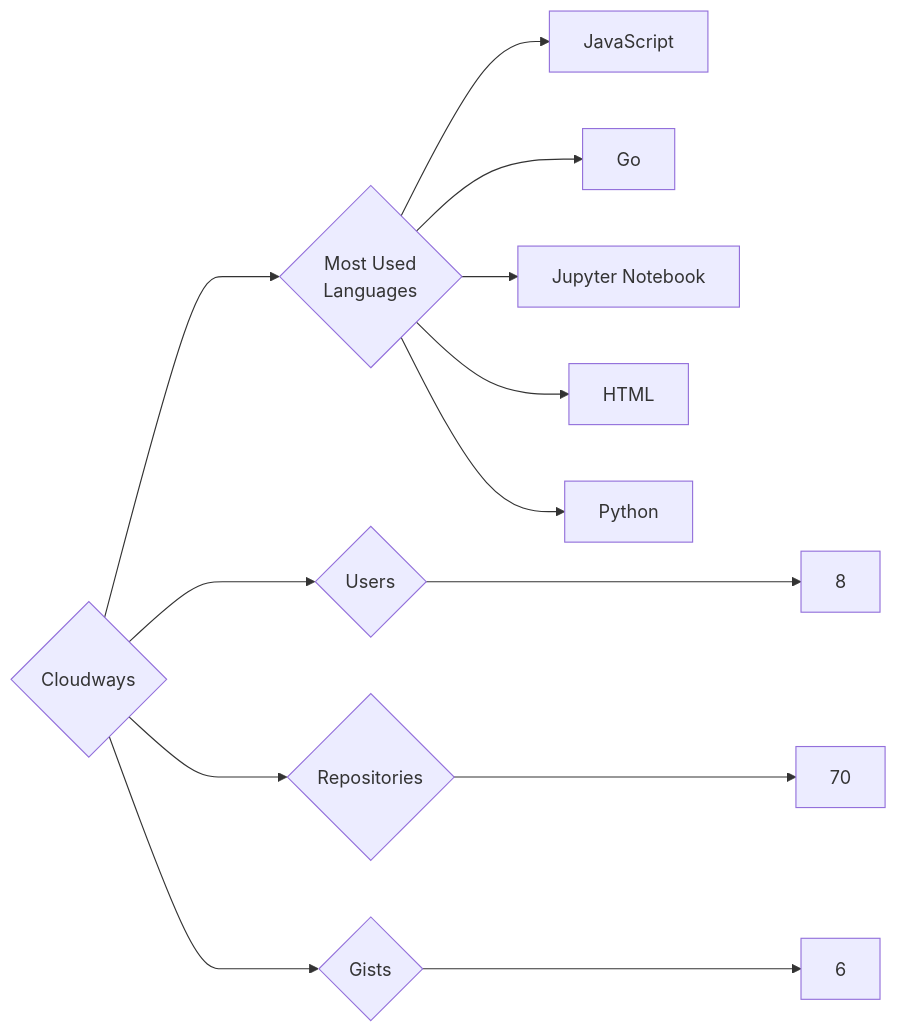
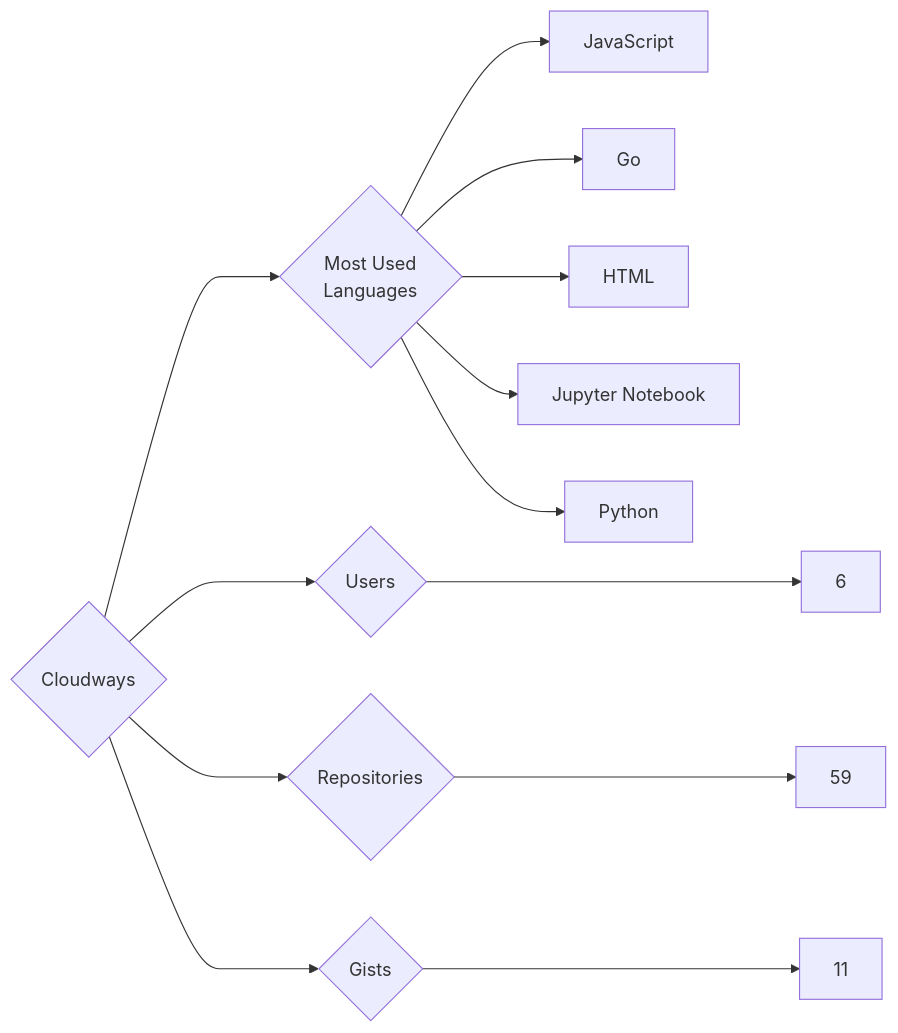
The diagram in targets/Cloudways/README.md (trickest/insiders), drawn with Mermaid before and after one commit. The commit also changed 1055 other files, not shown here.

````diff
--- a/targets/Cloudways/README.md
+++ b/targets/Cloudways/README.md
@@ -3,13 +3,13 @@
 ```mermaid
 graph LR
 COMPANY_NAME{Cloudways}
-COMPANY_NAME ---> U{Users} ---> UN[8]
-COMPANY_NAME ---> R{Repositories} ---> RN[70]
-COMPANY_NAME ---> G{Gists} ---> GN[6]
+COMPANY_NAME ---> U{Users} ---> UN[6]
+COMPANY_NAME ---> R{Repositories} ---> RN[59]
+COMPANY_NAME ---> G{Gists} ---> GN[11]
 COMPANY_NAME ---> ML{Most Used<br>Languages}
 ML --> JavaScript[JavaScript]
 ML --> Go[Go]
+ML --> HTML[HTML]
 ML --> Jupyter_Notebook[Jupyter Notebook]
-ML --> HTML[HTML]
 ML --> Python[Python]
 ```
````
